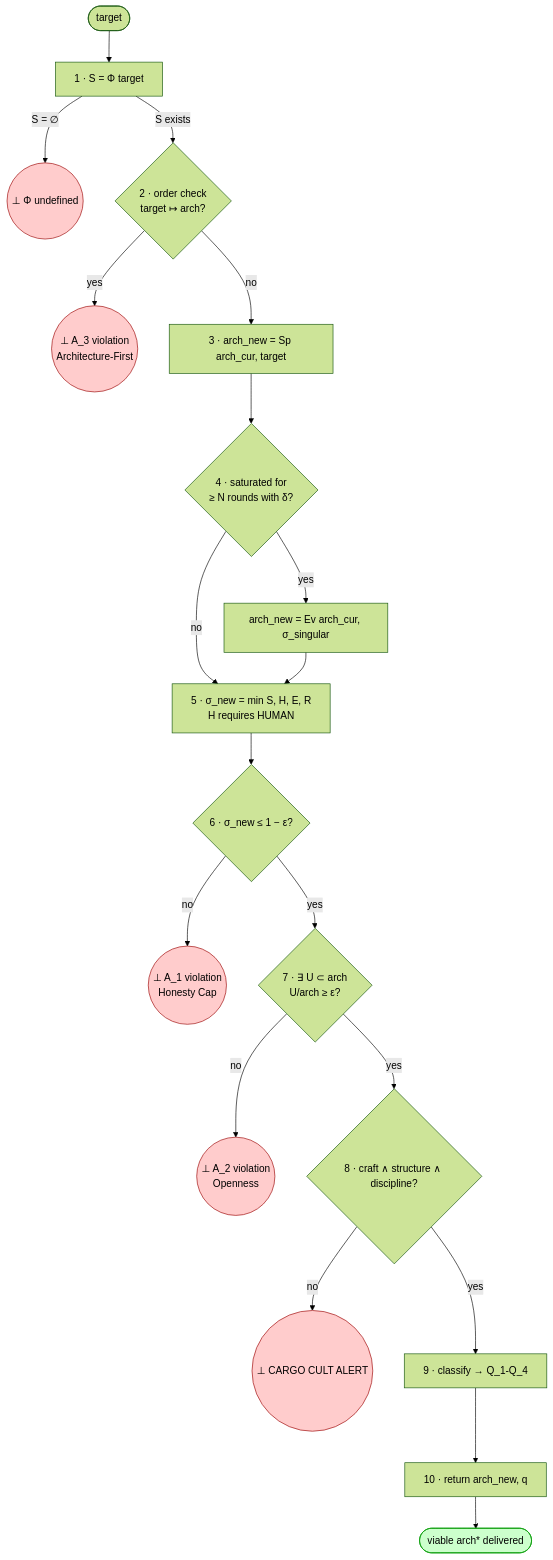
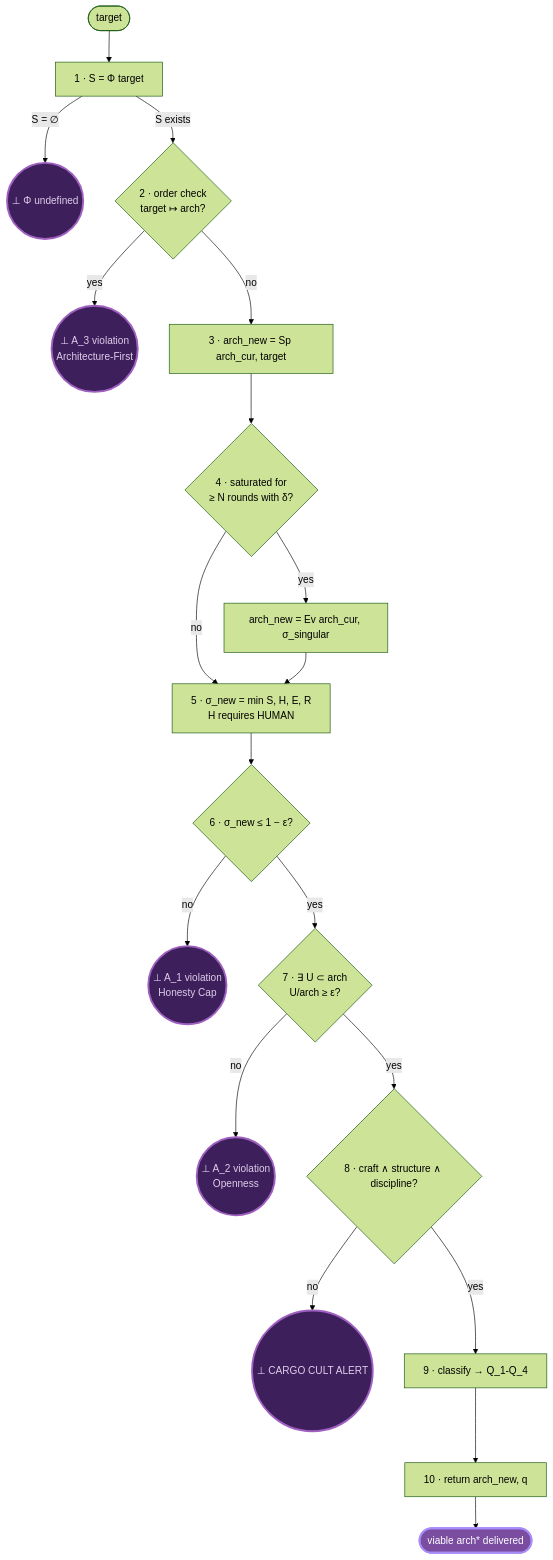
Before and after one commit to LostMaxi/nac-architecture-calculus: the third of 9 diagrams in visuals.md, drawn with Mermaid (forest theme). The commit also changed other lines of this file, not shown here.

First line of the commit message:
style(visuals): unify 9 classDef colors to 4-tier violet/iris palette

````diff
--- a/visuals.md
+++ b/visuals.md
@@ -82,26 +82,26 @@
 ```mermaid
 flowchart TD
     Start([target]) --> S1[1 · S = Φ target]
     S1 -->|S = ∅| Stop1((⊥ Φ undefined))
     S1 -->|S exists| S2{2 · order check<br/>target ↦ arch?}
     S2 -->|yes| Stop2((⊥ A_3 violation<br/>Architecture-First))
     S2 -->|no| S3[3 · arch_new = Sp arch_cur, target]
     S3 --> S4{4 · saturated for<br/>≥ N rounds with δ?}
     S4 -->|yes| S4b[arch_new = Ev arch_cur, σ_singular]
     S4 -->|no| S5[5 · σ_new = min S, H, E, R<br/>H requires HUMAN]
     S4b --> S5
     S5 --> S6{6 · σ_new ≤ 1 − ε?}
     S6 -->|no| Stop3((⊥ A_1 violation<br/>Honesty Cap))
     S6 -->|yes| S7{7 · ∃ U ⊂ arch<br/>U/arch ≥ ε?}
     S7 -->|no| Stop4((⊥ A_2 violation<br/>Openness))
     S7 -->|yes| S8{8 · craft ∧ structure ∧ discipline?}
     S8 -->|no| Stop5((⊥ CARGO CULT ALERT))
     S8 -->|yes| S9[9 · classify → Q_1-Q_4]
     S9 --> S10[10 · return arch_new, q]
     S10 --> End([viable arch* delivered])
 
-    classDef stop fill:#fcc,stroke:#900
+    classDef stop fill:#3d1f5c,stroke:#a060c0,stroke-width:3px,color:#dfceea
     class Stop1,Stop2,Stop3,Stop4,Stop5 stop
-    classDef pass fill:#cfc,stroke:#090
+    classDef pass fill:#7a4da0,stroke:#a78bfa,stroke-width:3px,color:#ffffff
     class End pass
 ```
````
